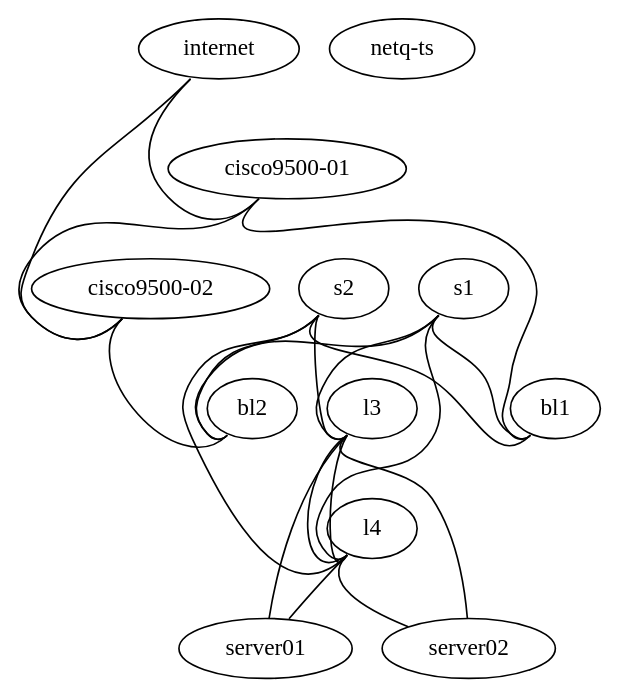
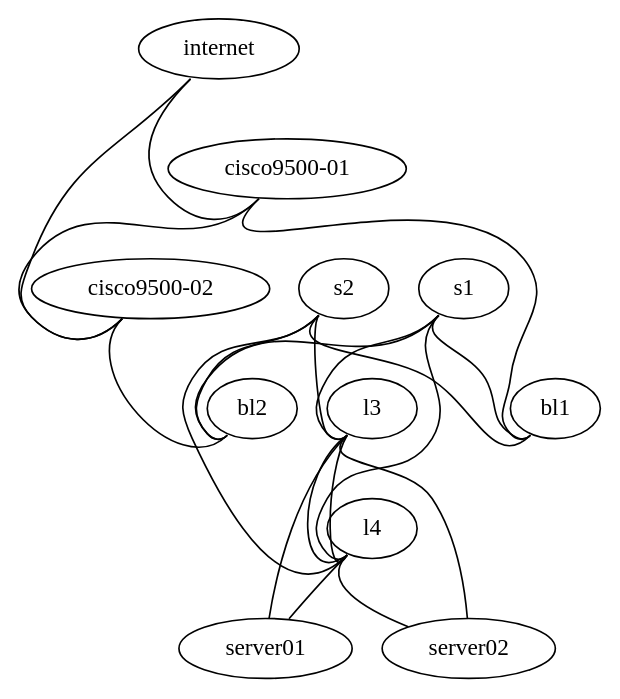
The diagram in vx_simulation/site.dot (Cloudofyou/poc-old-oneok), drawn with Graphviz before and after one commit. The commit also changed 9 other files, not shown here.

```diff
--- a/vx_simulation/site.dot
+++ b/vx_simulation/site.dot
@@ -1,37 +1,34 @@
 graph site {
  "internet" [function="internet" os="CumulusCommunity/cumulus-vx" version="3.7.5" memory="1024" config="./helper_scripts/extra_switch_config.sh" mgmt_ip="192.168.200.1"]
  "cisco9500-01" [function="cisco" os="CumulusCommunity/cumulus-vx" version="3.7.5" memory="1024" config="./helper_scripts/extra_switch_config.sh" mgmt_ip="192.168.200.2"]
  "cisco9500-02" [function="cisco" os="CumulusCommunity/cumulus-vx" version="3.7.5" memory="1024" config="./helper_scripts/extra_switch_config.sh" mgmt_ip="192.168.200.3"]
  "s1" [function="spine" os="CumulusCommunity/cumulus-vx" version="3.7.5" memory="1024" config="./helper_scripts/extra_switch_config.sh" mgmt_ip="192.168.200.4"]
  "s2" [function="spine" os="CumulusCommunity/cumulus-vx" version="3.7.5" memory="1024" config="./helper_scripts/extra_switch_config.sh" mgmt_ip="192.168.200.5"]
  "bl1" [function="leaf" os="CumulusCommunity/cumulus-vx" version="3.7.5" memory="1024" config="./helper_scripts/extra_switch_config.sh" mgmt_ip="192.168.200.6"]
  "bl2" [function="leaf" os="CumulusCommunity/cumulus-vx" version="3.7.5" memory="1024" config="./helper_scripts/extra_switch_config.sh" mgmt_ip="192.168.200.7"]
  "l3" [function="leaf" os="CumulusCommunity/cumulus-vx" version="3.7.5" memory="1024" config="./helper_scripts/extra_switch_config.sh" mgmt_ip="192.168.200.8"]
  "l4" [function="leaf" os="CumulusCommunity/cumulus-vx" version="3.7.5" memory="1024" config="./helper_scripts/extra_switch_config.sh" mgmt_ip="192.168.200.9"]
  "server01" [function="host" os="yk0/ubuntu-xenial" memory="768" config="./helper_scripts/extra_server_config.sh" mgmt_ip="192.168.200.10"]
  "server02" [function="host" os="yk0/ubuntu-xenial" memory="768" config="./helper_scripts/extra_server_config.sh" mgmt_ip="192.168.200.11"]
- "netq-ts" [function="host" config="./helper_scripts/extra_server_config.sh" mgmt_ip="192.168.200.250" memory="2048" os="cumulus/ts"]
-
-
 
 "internet":"swp1" -- "cisco9500-01":"swp4"
 "internet":"swp2" -- "cisco9500-02":"swp4"
 "cisco9500-01":"swp1" -- "bl1":"swp25"
 "cisco9500-02":"swp1" -- "bl2":"swp55"
 "cisco9500-01":"swp3" -- "cisco9500-02":"swp3"
 
 "s1":"swp1" -- "bl1":"swp29"
 "s1":"swp2" -- "bl2":"swp53"
 "s1":"swp3" -- "l3":"swp53"
 "s1":"swp4" -- "l4":"swp53"
 "s2":"swp1" -- "bl1":"swp30"
 "s2":"swp2" -- "bl2":"swp54"
 "s2":"swp3" -- "l3":"swp54"
 "s2":"swp4" -- "l4":"swp54"
 "l3":"swp1" -- "server01":"eth1"
 "l3":"swp2" -- "server02":"eth1"
 "l4":"swp1" -- "server01":"eth2"
 "l4":"swp2" -- "server02":"eth2"
 "l3":"swp55" -- "l4":"swp55"
 "l3":"swp56" -- "l4":"swp56"
 }
```
